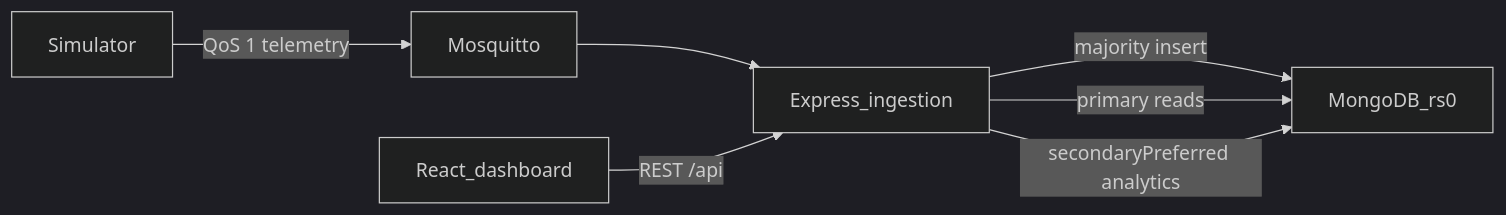
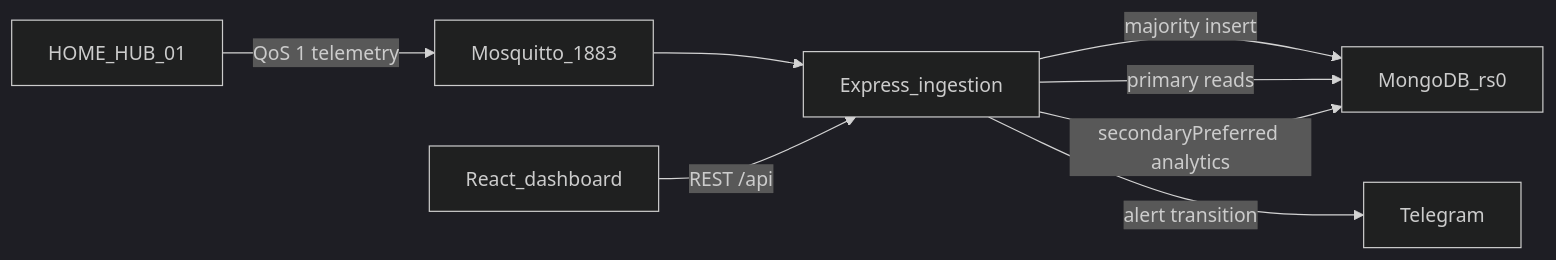
The diagram in plan/02-architecture.md (Sushey01/smart-tank-automation), drawn with Mermaid (dark theme) before and after one commit. The commit also changed other lines of this file and 44 other files, not shown here.

````diff
--- a/plan/02-architecture.md
+++ b/plan/02-architecture.md
@@ -5,15 +5,17 @@
 ```mermaid
 flowchart LR
-  sim[Simulator]
-  mqtt[Mosquitto]
+  sim[HOME_HUB_01]
+  mqtt[Mosquitto_1883]
   api[Express_ingestion]
   rs0[MongoDB_rs0]
   web[React_dashboard]
+  tg[Telegram]
 
   sim -->|"QoS 1 telemetry"| mqtt
   mqtt --> api
   api -->|"majority insert"| rs0
+  api -->|"alert transition"| tg
   web -->|"REST /api"| api
   api -->|"primary reads"| rs0
   api -->|"secondaryPreferred analytics"| rs0
 ```
````
